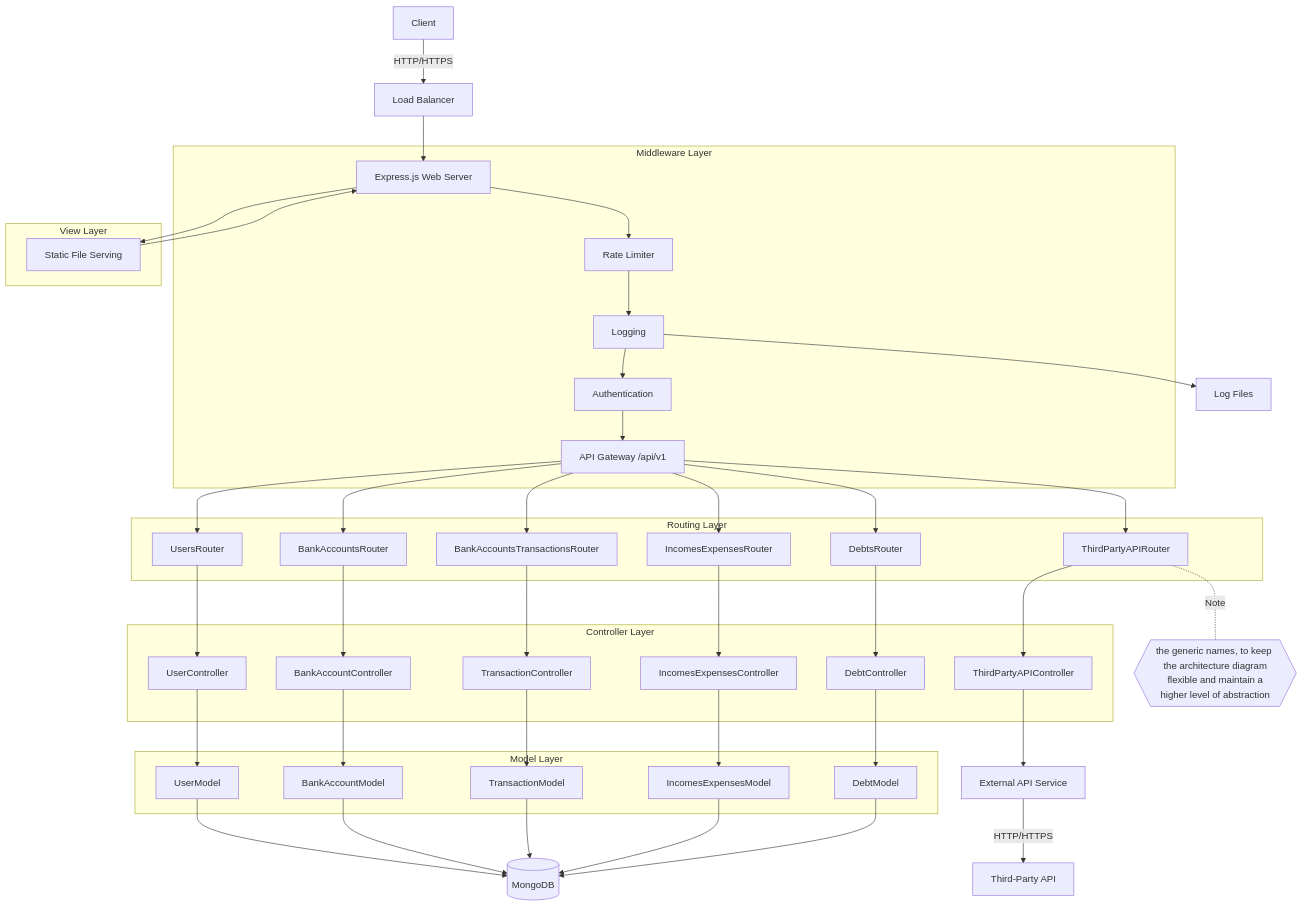
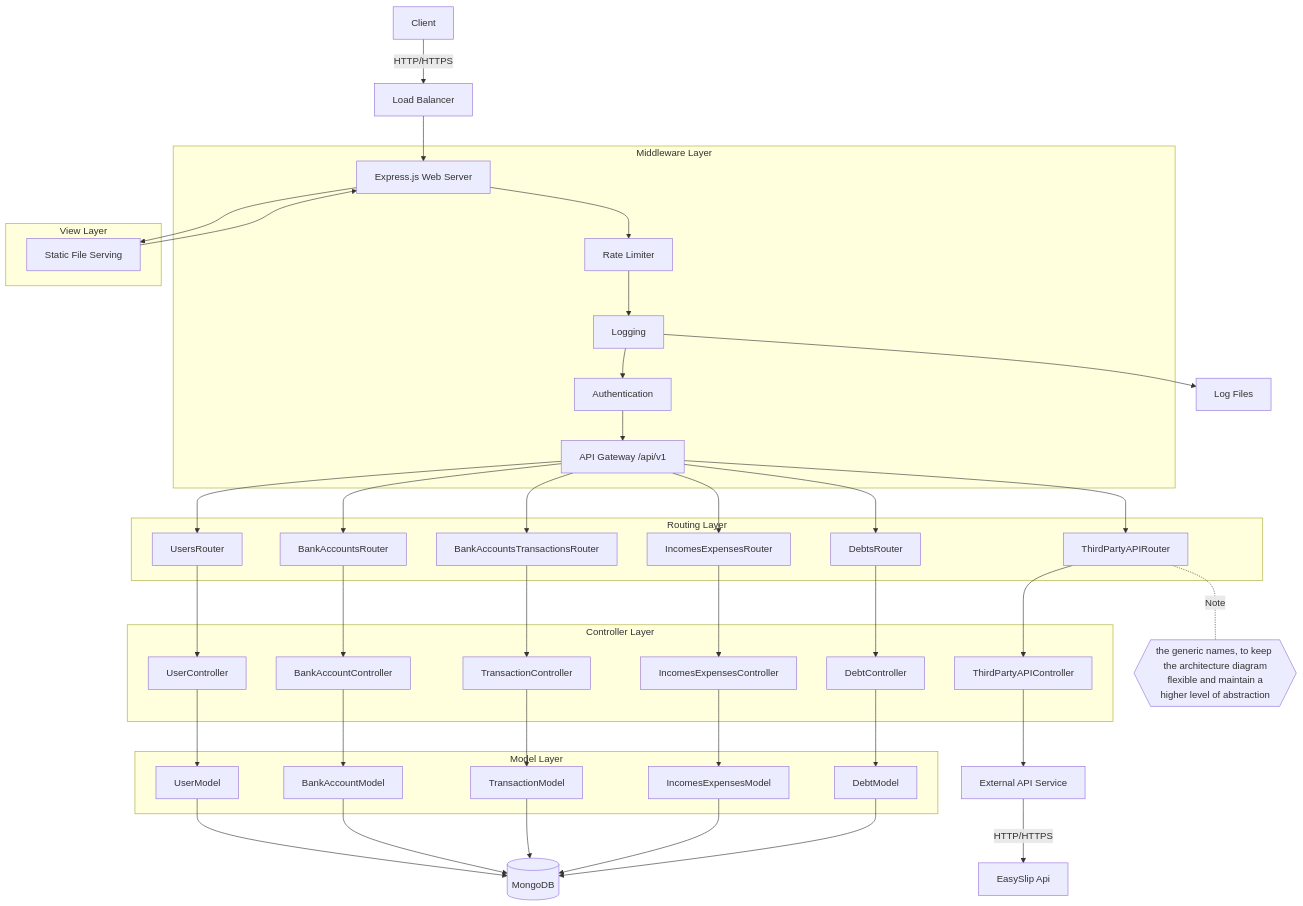
Before and after one commit to SawatKia/WealthTracking: the diagram in design/SoftwareArchitectureDiagram.mmd, drawn with Mermaid. The commit also changed 1 other file, not shown here.

```diff
--- a/design/SoftwareArchitectureDiagram.mmd
+++ b/design/SoftwareArchitectureDiagram.mmd
@@ -1,55 +1,55 @@
 graph TD
     Client[Client] -->|HTTP/HTTPS| LoadBalancer[Load Balancer]
     LoadBalancer --> Express[Express.js Web Server]
     
     subgraph "Middleware Layer"
         Express --> RateLimit[Rate Limiter]
         RateLimit --> Logging
         Logging --> Auth[Authentication]
         Auth --> APIGateway[API Gateway /api/v1]
     end
     
     subgraph "View Layer"
         Express --> StaticFiles[Static File Serving]
     end
     StaticFiles --> Express
     
     subgraph "Routing Layer"
     APIGateway --> UsersRouter
     APIGateway --> BankAccountsRouter
     APIGateway --> BankAccountsTransactionsRouter
     APIGateway --> IncomesExpensesRouter
     APIGateway --> DebtsRouter
     APIGateway --> ThirdPartyAPIRouter
     end
 
     subgraph "Controller Layer"
     UsersRouter --> UserController
     BankAccountsRouter --> BankAccountController
     BankAccountsTransactionsRouter --> TransactionController
     IncomesExpensesRouter --> IncomesExpensesController
     DebtsRouter --> DebtController
     ThirdPartyAPIRouter --> ThirdPartyAPIController
     end
     
     subgraph "Model Layer"
     UserController --> UserModel
     BankAccountController --> BankAccountModel
     TransactionController --> TransactionModel
     IncomesExpensesController --> IncomesExpensesModel
     DebtController --> DebtModel
     end
 
     ThirdPartyAPIRouter -.Note.-Note{{the generic names, to keep the architecture diagram\n flexible and maintain a higher level of abstraction}}
 
     
     UserModel --> MongoDB[(MongoDB)]
     BankAccountModel --> MongoDB[(MongoDB)]
     TransactionModel --> MongoDB[(MongoDB)]
     IncomesExpensesModel --> MongoDB[(MongoDB)]
     DebtModel --> MongoDB[(MongoDB)]
     
     ThirdPartyAPIController --> ExternalAPIService[External API Service]
-    ExternalAPIService -->|HTTP/HTTPS| ThirdPartyAPI[Third-Party API]
+    ExternalAPIService -->|HTTP/HTTPS| ThirdPartyAPI[EasySlip Api]
     
     Logging --> LogFiles[Log Files]
```
